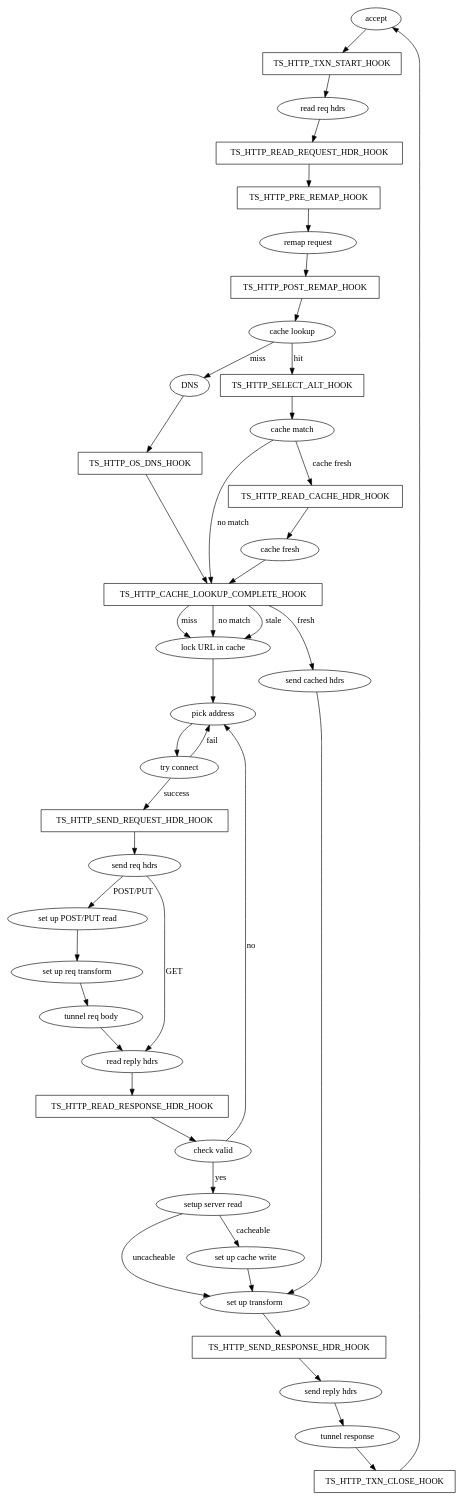
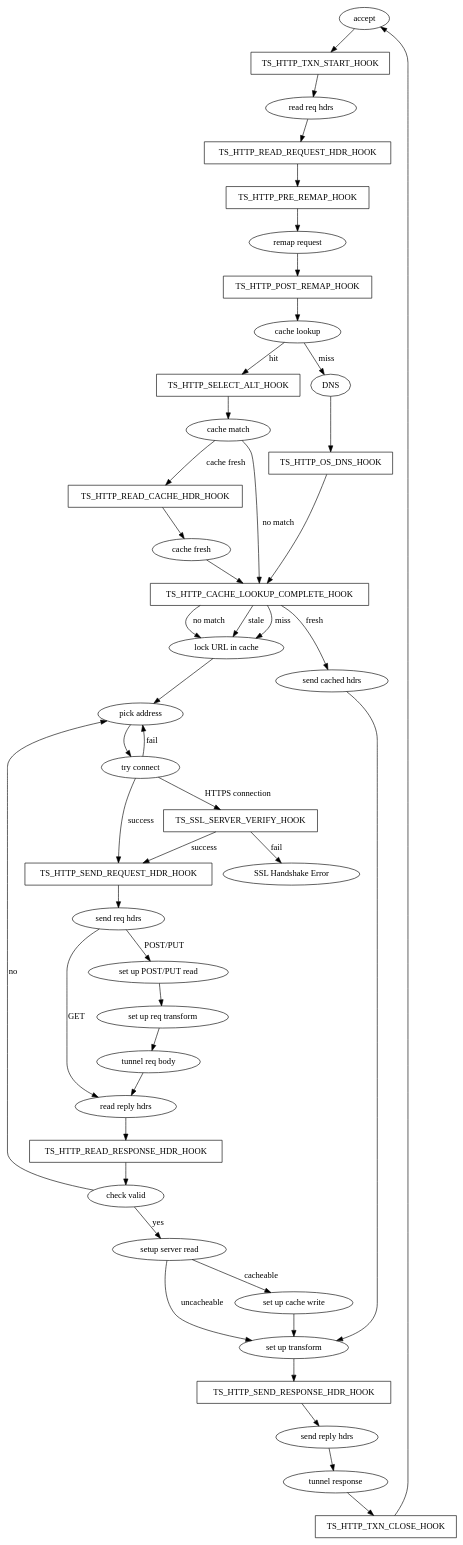
One commit to apache/trafficserver changed the diagram in doc/developer-guide/plugins/hooks-and-transactions/index.en.rst. Above: the diagram before and after it, drawn with Graphviz. The commit also changed 6 other files, not shown here.

Commit message:
YTSATS-1195: Add hook for server cert verification

```diff
--- a/doc/developer-guide/plugins/hooks-and-transactions/index.en.rst
+++ b/doc/developer-guide/plugins/hooks-and-transactions/index.en.rst
@@ -87,63 +87,68 @@
 .. graphviz::
    :alt: HTTP Transaction State Diagram
 
    digraph http_txn_state_diagram{
      accept -> TS_HTTP_TXN_START_HOOK;
      TS_HTTP_TXN_START_HOOK -> "read req hdrs";
      "read req hdrs" -> TS_HTTP_READ_REQUEST_HDR_HOOK;
      TS_HTTP_READ_REQUEST_HDR_HOOK -> TS_HTTP_PRE_REMAP_HOOK;
      TS_HTTP_PRE_REMAP_HOOK -> "remap request";
      "remap request" -> TS_HTTP_POST_REMAP_HOOK;
      TS_HTTP_POST_REMAP_HOOK -> "cache lookup";
      "cache lookup" -> DNS [label = "miss"];
      DNS -> TS_HTTP_OS_DNS_HOOK;
      TS_HTTP_OS_DNS_HOOK -> TS_HTTP_CACHE_LOOKUP_COMPLETE_HOOK;
      "cache lookup" -> TS_HTTP_SELECT_ALT_HOOK [label = "hit"];
      TS_HTTP_SELECT_ALT_HOOK -> "cache match";
      "cache match" -> TS_HTTP_CACHE_LOOKUP_COMPLETE_HOOK [label="no match"];
      "cache match" -> TS_HTTP_READ_CACHE_HDR_HOOK [label = "cache fresh"];
      TS_HTTP_READ_CACHE_HDR_HOOK -> "cache fresh";
      "cache fresh" -> TS_HTTP_CACHE_LOOKUP_COMPLETE_HOOK;
      TS_HTTP_CACHE_LOOKUP_COMPLETE_HOOK -> "lock URL in cache" [label = "miss"];
      TS_HTTP_CACHE_LOOKUP_COMPLETE_HOOK -> "lock URL in cache" [label = "no match  "];
      TS_HTTP_CACHE_LOOKUP_COMPLETE_HOOK -> "lock URL in cache" [label = "stale"];
      TS_HTTP_CACHE_LOOKUP_COMPLETE_HOOK -> "send cached hdrs" [label = "fresh"];
      "send cached hdrs" -> "set up transform";
      "lock URL in cache" -> "pick address";
      "pick address" -> "try connect" [label = "       "];
      "try connect" -> "pick address" [label = "fail"];
+     "try connect" -> TS_SSL_SERVER_VERIFY_HOOK [label = "HTTPS connection"];
+     TS_SSL_SERVER_VERIFY_HOOK -> TS_HTTP_SEND_REQUEST_HDR_HOOK [label = "success"];
+     TS_SSL_SERVER_VERIFY_HOOK -> "SSL Handshake Error" [label = "fail"];
      "try connect" -> TS_HTTP_SEND_REQUEST_HDR_HOOK [label = "success"];
      TS_HTTP_SEND_REQUEST_HDR_HOOK -> "send req hdrs";
      "send req hdrs" -> "set up POST/PUT read" [label = "POST/PUT"];
      "send req hdrs" -> "read reply hdrs" [label = "GET"];
      "set up POST/PUT read" -> "set up req transform";
      "set up req transform" -> "tunnel req body";
      "tunnel req body" -> "read reply hdrs";
      "read reply hdrs" -> TS_HTTP_READ_RESPONSE_HDR_HOOK;
      TS_HTTP_READ_RESPONSE_HDR_HOOK -> "check valid";
      "check valid" -> "setup server read" [label = "yes"];
      "check valid" -> "pick address" [label = "no"];
      "setup server read" -> "set up cache write" [label = "cacheable"];
      "setup server read" -> "set up transform" [label = "uncacheable"];
      "set up cache write" -> "set up transform";
      "set up transform" -> TS_HTTP_SEND_RESPONSE_HDR_HOOK;
      TS_HTTP_SEND_RESPONSE_HDR_HOOK -> "send reply hdrs";
      "send reply hdrs" -> "tunnel response";
      "tunnel response" -> TS_HTTP_TXN_CLOSE_HOOK;
      TS_HTTP_TXN_CLOSE_HOOK -> accept;
 
      TS_HTTP_TXN_START_HOOK [shape=box];
      TS_HTTP_READ_REQUEST_HDR_HOOK [shape = box];
      TS_HTTP_PRE_REMAP_HOOK [shape = box];
      TS_HTTP_POST_REMAP_HOOK [shape = box];
      TS_HTTP_OS_DNS_HOOK [shape = box];
      TS_HTTP_CACHE_LOOKUP_COMPLETE_HOOK[shape = box];
      TS_HTTP_SELECT_ALT_HOOK [shape = box];
      TS_HTTP_READ_CACHE_HDR_HOOK [shape = box];
+     TS_SSL_SERVER_VERIFY_HOOK [shape = box];
+     TS_SSL_SERVER_VERIFY_HOOK [tooltip = "verify server certificate"];
      TS_HTTP_SEND_REQUEST_HDR_HOOK [shape = box];
      "set up req transform" [tooltip = "req transform takes place here"];
      TS_HTTP_READ_RESPONSE_HDR_HOOK [shape = box];
      "set up transform" [tooltip = "response transform takes place here"];
      TS_HTTP_SEND_RESPONSE_HDR_HOOK [shape = box];
      TS_HTTP_TXN_CLOSE_HOOK [shape = box];
    }
```
